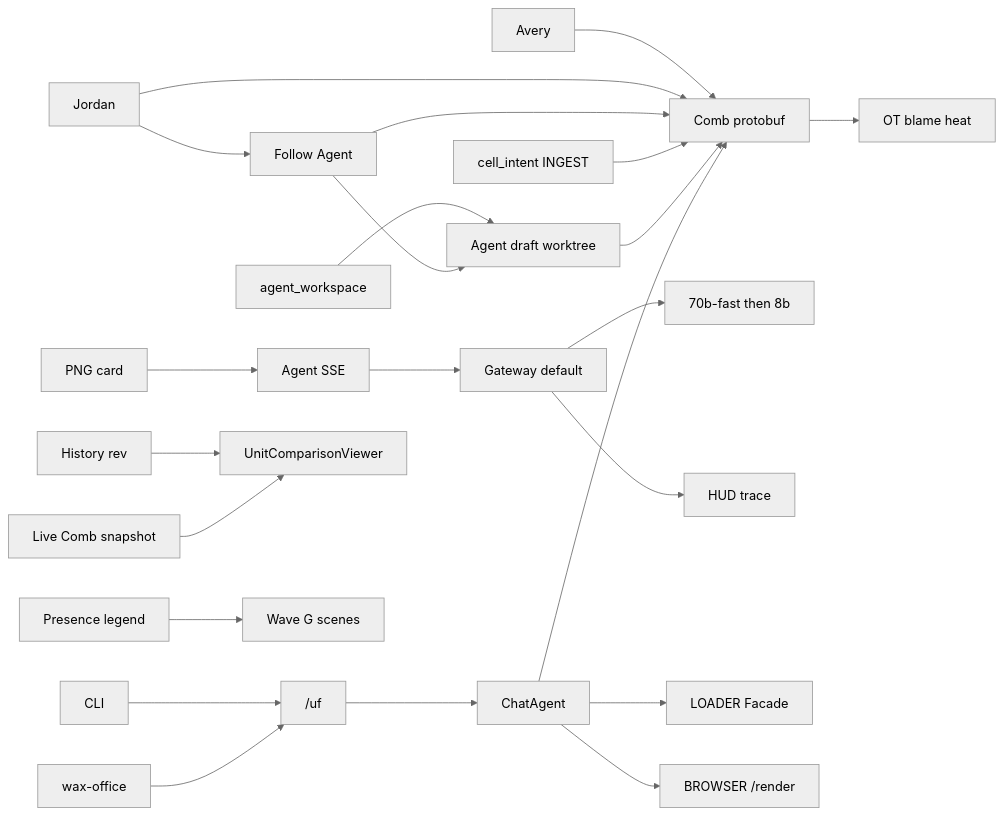
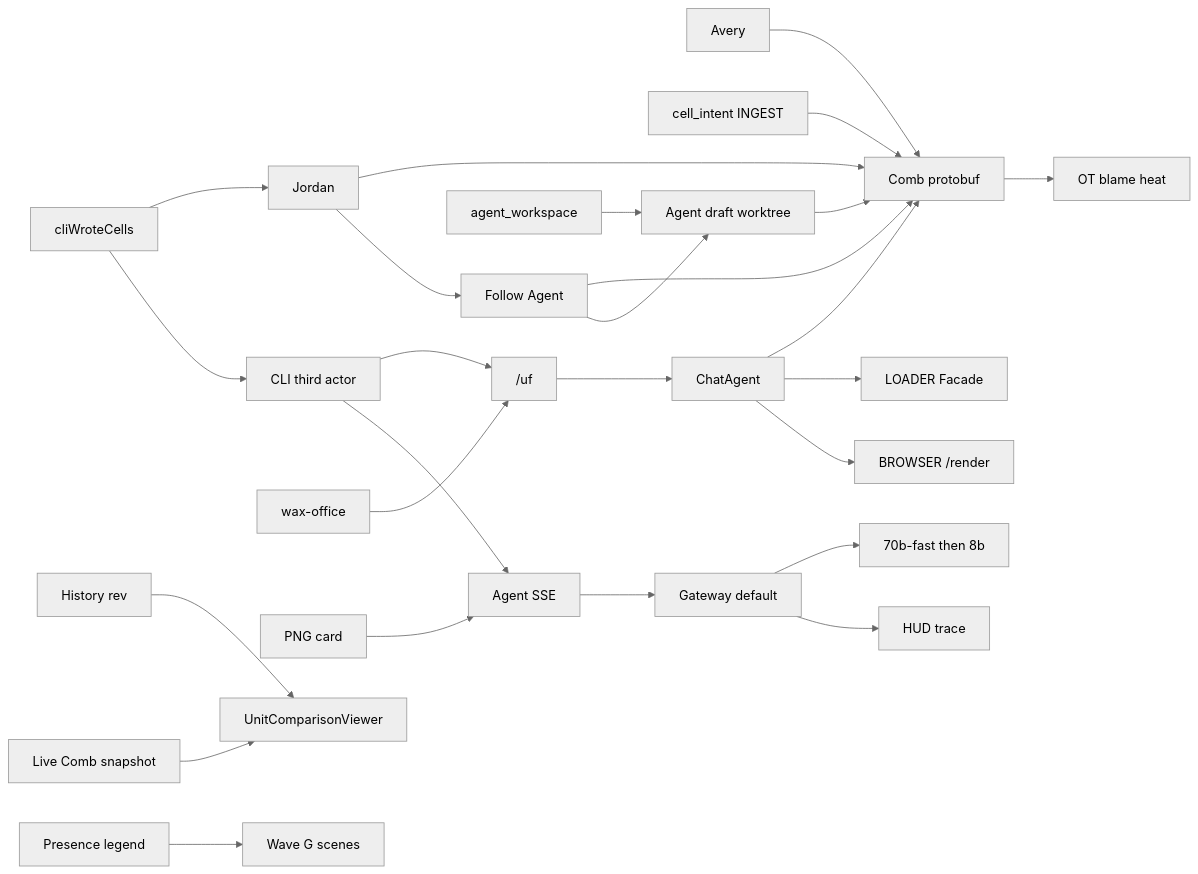
Before and after one commit to apis-os/univer-workspace: the diagram in docs/superpowers/plans/2026-09-11-production-ai-collab-demo.md, drawn with Mermaid (neutral theme). The commit also changed other lines of this file, not shown here.

Commit message:
docs(plan): add Wave H CLI SSE narrative and keep-D3 tasks

````diff
--- a/docs/superpowers/plans/2026-09-11-production-ai-collab-demo.md
+++ b/docs/superpowers/plans/2026-09-11-production-ai-collab-demo.md
@@ -137,25 +164,28 @@
 ```mermaid
 flowchart LR
   Avery[Avery] --> Comb[Comb protobuf]
   Jordan[Jordan] --> Comb
   Follow[Follow Agent] --> Comb
   Intent[cell_intent INGEST] --> Comb
   Comb --> Blame[OT blame heat]
   Agent[agent_workspace] --> Draft[Agent draft worktree]
   Draft --> Comb
   Jordan --> Follow
   Follow --> Draft
-  CLI[CLI] --> Uf["/uf"]
+  CLI[CLI third actor] --> Uf["/uf"]
   DSH[wax-office] --> Uf
   Panel[Agent SSE] --> Gw["Gateway default"]
+  CLI --> Panel
   Gw --> Llama["70b-fast then 8b"]
   Gw --> Trace[HUD trace]
   Uf --> DO[ChatAgent]
   DO --> Comb
   DO --> Loader[LOADER Facade]
   DO --> Br[BROWSER /render]
+  Feed[cliWroteCells] --> Jordan
+  Feed --> CLI
   Shot[PNG card] --> Panel
   Hist[History rev] --> Compare[UnitComparisonViewer]
   Live[Live Comb snapshot] --> Compare
   Legend[Presence legend] --> Playbook[Wave G scenes]
 ```
````
